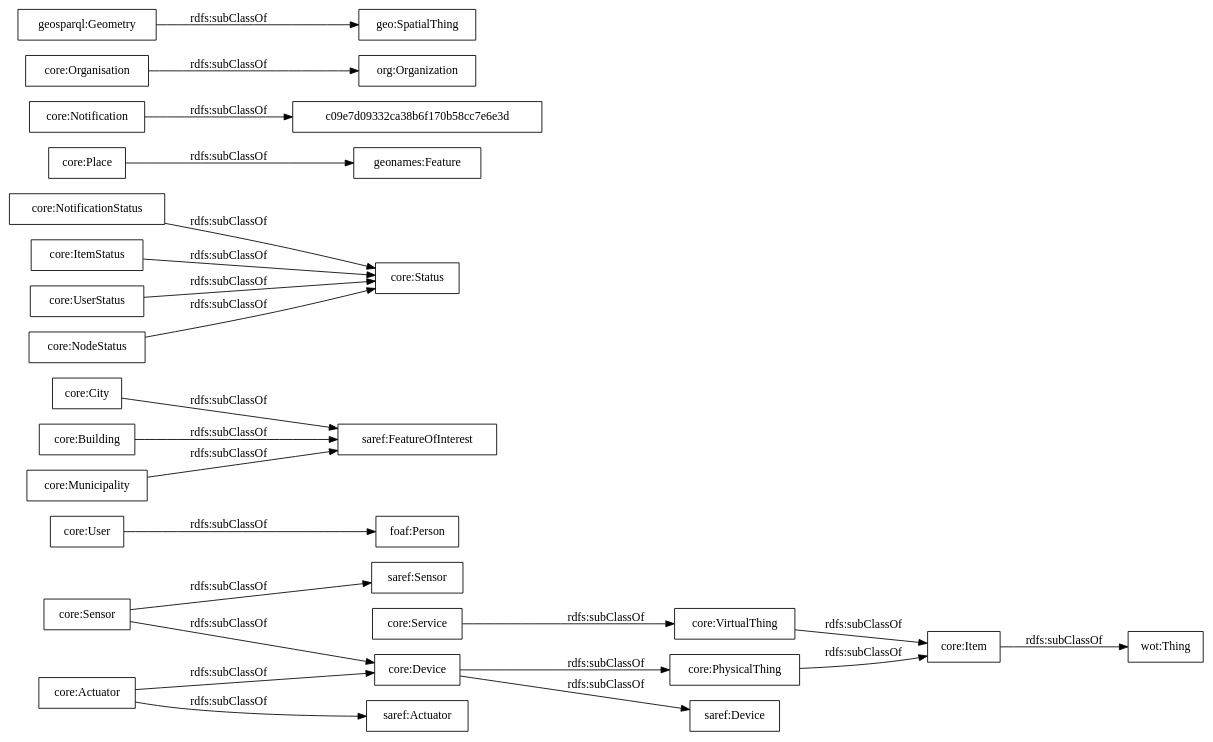
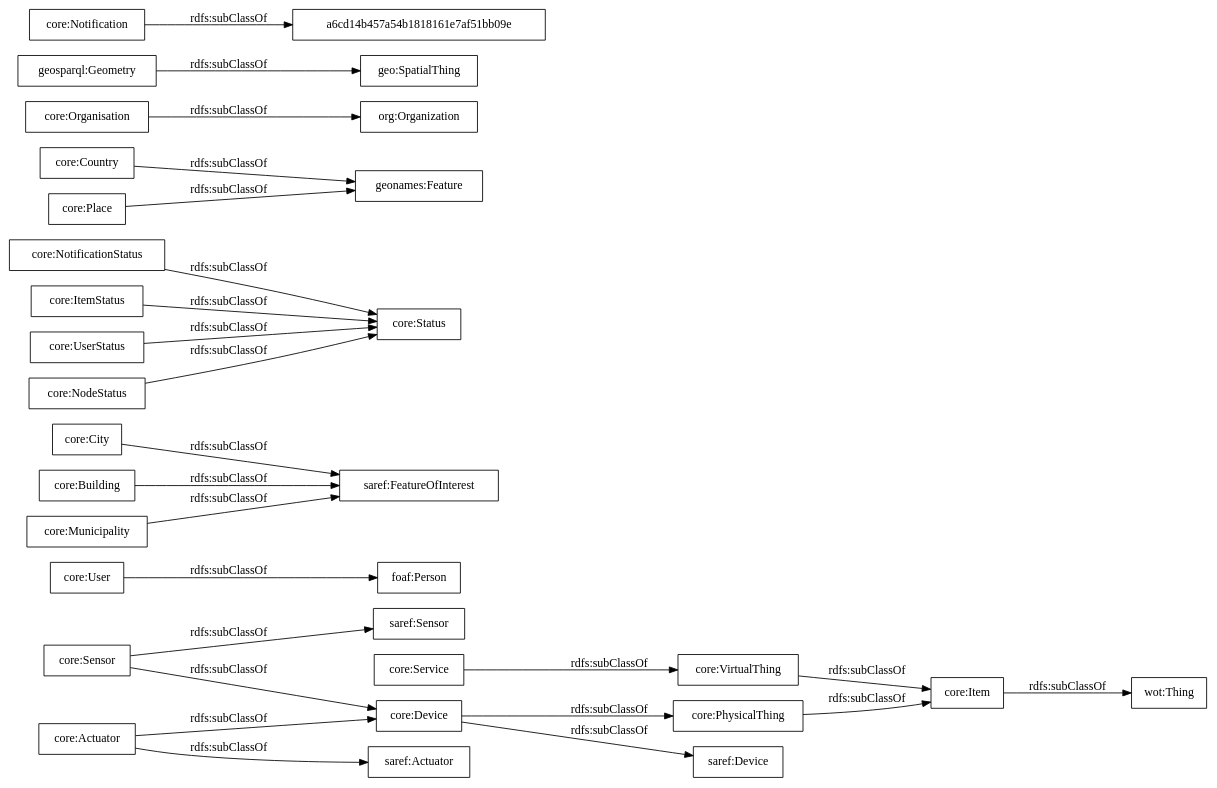
Before and after one commit to oeg-upm/auroral-core-ontology: the diagram in OnToology/ontology/auroral-core.ttl/diagrams/ar2dtool-taxonomy/auroral-core.ttl.png.dot, drawn with Graphviz. The commit also changed 19 other files, not shown here.

```diff
--- a/OnToology/ontology/auroral-core.ttl/diagrams/ar2dtool-taxonomy/auroral-core.ttl.png.dot
+++ b/OnToology/ontology/auroral-core.ttl/diagrams/ar2dtool-taxonomy/auroral-core.ttl.png.dot
@@ -1,28 +1,29 @@
 digraph ar2dtool_diagram { 
 rankdir=LR;
 size="1000"
-node [shape = rectangle, color="black"]; "wot:Thing" "saref:Actuator" "core:User" "saref:Device" "core:City" "core:NotificationStatus" "geonames:Feature" "c09e7d09332ca38b6f170b58cc7e6e3d" "core:Status" "core:Service" "core:Device" "core:Sensor" "core:Actuator" "core:Organisation" "foaf:Person" "core:Building" "org:Organization" "core:Item" "geosparql:Geometry" "core:Place" "core:Notification" "core:ItemStatus" "geo:SpatialThing" "core:PhysicalThing" "core:UserStatus" "core:NodeStatus" "core:Municipality" "core:VirtualThing" "saref:FeatureOfInterest" "saref:Sensor" ; /*classes style*/
+node [shape = rectangle, color="black"]; "wot:Thing" "saref:Actuator" "core:User" "saref:Device" "core:City" "core:NotificationStatus" "geonames:Feature" "core:Status" "core:Service" "core:Device" "core:Sensor" "core:Actuator" "core:Organisation" "foaf:Person" "core:Building" "org:Organization" "core:Country" "core:Item" "geosparql:Geometry" "core:Place" "core:Notification" "core:ItemStatus" "geo:SpatialThing" "core:PhysicalThing" "core:UserStatus" "core:NodeStatus" "core:Municipality" "core:VirtualThing" "saref:FeatureOfInterest" "saref:Sensor" "a6cd14b457a54b1818161e7af51bb09e" ; /*classes style*/
 	"core:ItemStatus" -> "core:Status" [ label = "rdfs:subClassOf" ];
 	"core:Service" -> "core:VirtualThing" [ label = "rdfs:subClassOf" ];
+	"core:Country" -> "geonames:Feature" [ label = "rdfs:subClassOf" ];
 	"core:Organisation" -> "org:Organization" [ label = "rdfs:subClassOf" ];
 	"core:User" -> "foaf:Person" [ label = "rdfs:subClassOf" ];
 	"core:Building" -> "saref:FeatureOfInterest" [ label = "rdfs:subClassOf" ];
 	"core:PhysicalThing" -> "core:Item" [ label = "rdfs:subClassOf" ];
 	"core:Device" -> "saref:Device" [ label = "rdfs:subClassOf" ];
 	"core:Device" -> "core:PhysicalThing" [ label = "rdfs:subClassOf" ];
 	"core:Municipality" -> "saref:FeatureOfInterest" [ label = "rdfs:subClassOf" ];
 	"core:NodeStatus" -> "core:Status" [ label = "rdfs:subClassOf" ];
 	"core:UserStatus" -> "core:Status" [ label = "rdfs:subClassOf" ];
 	"core:Sensor" -> "saref:Sensor" [ label = "rdfs:subClassOf" ];
 	"core:Sensor" -> "core:Device" [ label = "rdfs:subClassOf" ];
 	"core:VirtualThing" -> "core:Item" [ label = "rdfs:subClassOf" ];
 	"core:Actuator" -> "saref:Actuator" [ label = "rdfs:subClassOf" ];
 	"core:Actuator" -> "core:Device" [ label = "rdfs:subClassOf" ];
 	"core:Item" -> "wot:Thing" [ label = "rdfs:subClassOf" ];
 	"core:Place" -> "geonames:Feature" [ label = "rdfs:subClassOf" ];
 	"geosparql:Geometry" -> "geo:SpatialThing" [ label = "rdfs:subClassOf" ];
-	"core:Notification" -> "c09e7d09332ca38b6f170b58cc7e6e3d" [ label = "rdfs:subClassOf" ];
+	"core:Notification" -> "a6cd14b457a54b1818161e7af51bb09e" [ label = "rdfs:subClassOf" ];
 	"core:NotificationStatus" -> "core:Status" [ label = "rdfs:subClassOf" ];
 	"core:City" -> "saref:FeatureOfInterest" [ label = "rdfs:subClassOf" ];
 
 }
```
